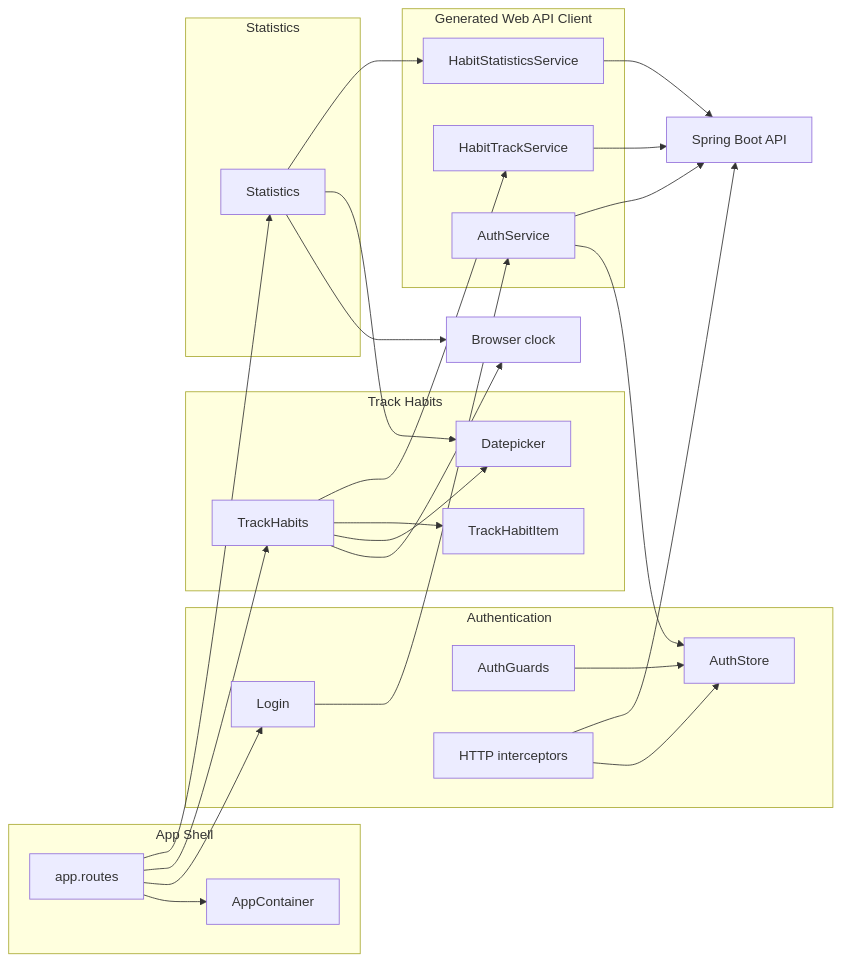
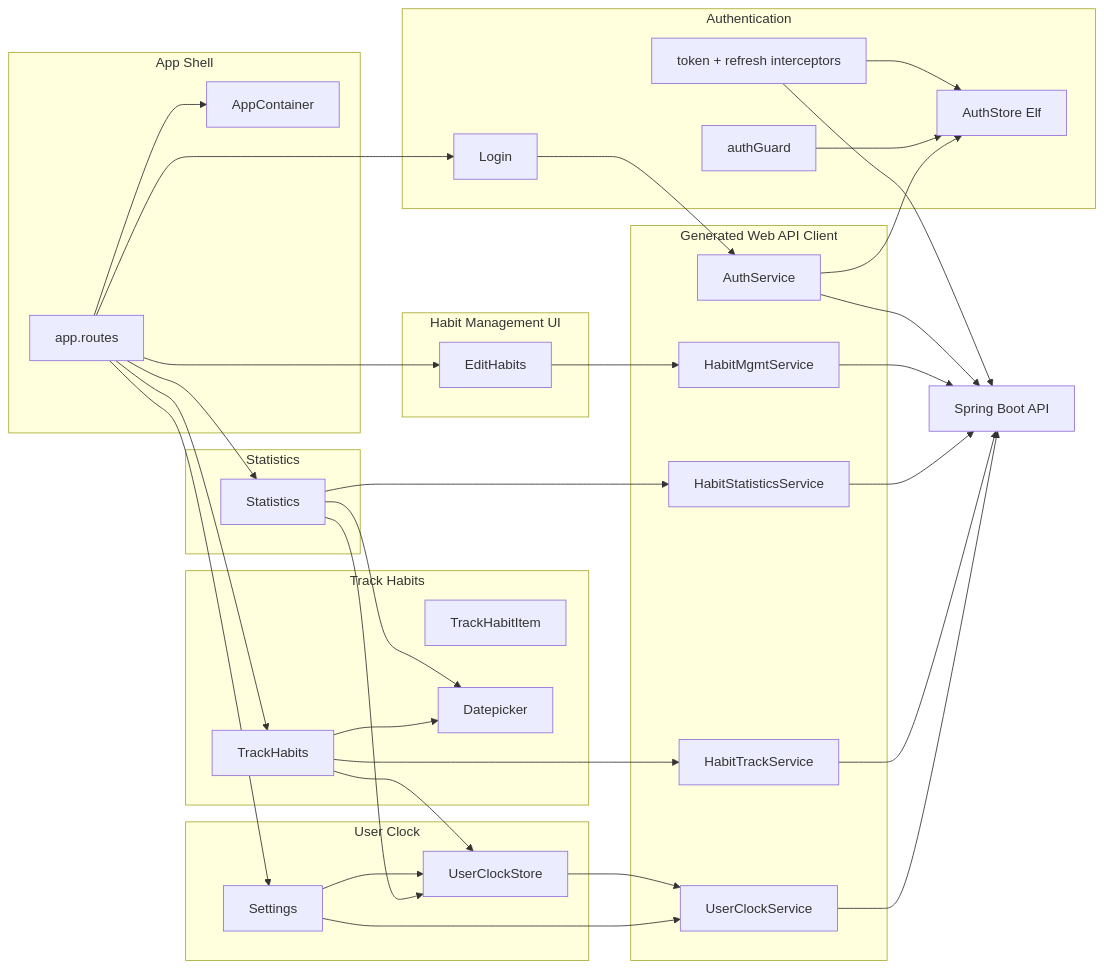
The first of 3 diagrams in aidlc/spaces/default/codekb/habit-tracker-angular/architecture.md (crraay/habit-tracker-ai-dlc), drawn with Mermaid before and after one commit. The commit also changed other lines of this file and 240 other files, not shown here.

````diff
--- a/aidlc/spaces/default/codekb/habit-tracker-angular/architecture.md
+++ b/aidlc/spaces/default/codekb/habit-tracker-angular/architecture.md
@@ -21,48 +23,63 @@
 ```mermaid
 flowchart LR
   subgraph shell [App Shell]
     Routes[app.routes]
     Container[AppContainer]
   end
   subgraph auth [Authentication]
     Login[Login]
-    Store[AuthStore]
-    Guards[AuthGuards]
-    Interceptors[HTTP interceptors]
+    AuthStore[AuthStore Elf]
+    Guards[authGuard]
+    Interceptors[token + refresh interceptors]
+  end
+  subgraph clock [User Clock]
+    ClockStore[UserClockStore]
+    Settings[Settings]
   end
   subgraph track [Track Habits]
     TrackUI[TrackHabits]
     Item[TrackHabitItem]
     DP[Datepicker]
   end
   subgraph stats [Statistics]
     StatsUI[Statistics]
   end
+  subgraph mgmt [Habit Management UI]
+    Edit[EditHabits]
+  end
   subgraph client [Generated Web API Client]
+    MeSvc[UserClockService]
     TrackSvc[HabitTrackService]
     StatsSvc[HabitStatisticsService]
+    MgmtSvc[HabitMgmtService]
     AuthSvc[AuthService]
   end
-  Clock[Browser clock]
   API[Spring Boot API]
 
   Routes --> Container
   Routes --> Login
   Routes --> TrackUI
   Routes --> StatsUI
+  Routes --> Settings
+  Routes --> Edit
   Login --> AuthSvc
-  AuthSvc --> Store
-  Guards --> Store
-  Interceptors --> Store
-  TrackUI --> Clock
-  StatsUI --> Clock
+  AuthSvc --> AuthStore
+  Guards --> AuthStore
+  Interceptors --> AuthStore
+  TrackUI --> ClockStore
+  StatsUI --> ClockStore
+  Settings --> ClockStore
+  Settings --> MeSvc
+  ClockStore --> MeSvc
   TrackUI --> DP
   StatsUI --> DP
-  TrackUI --> Item
   TrackUI --> TrackSvc
   StatsUI --> StatsSvc
+  Edit --> MgmtSvc
+  MeSvc --> API
   TrackSvc --> API
   StatsSvc --> API
+  MgmtSvc --> API
   AuthSvc --> API
   Interceptors --> API
 ```
````
